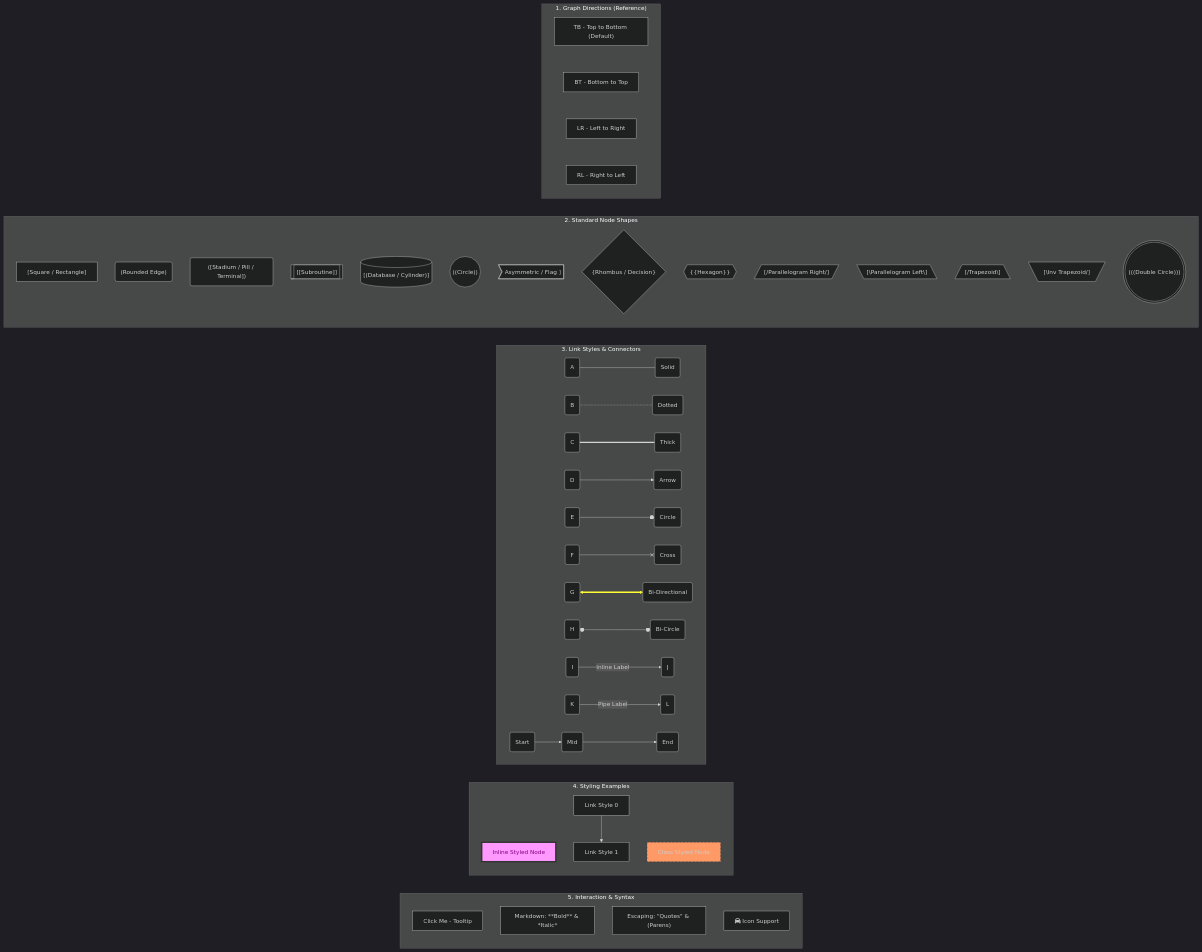
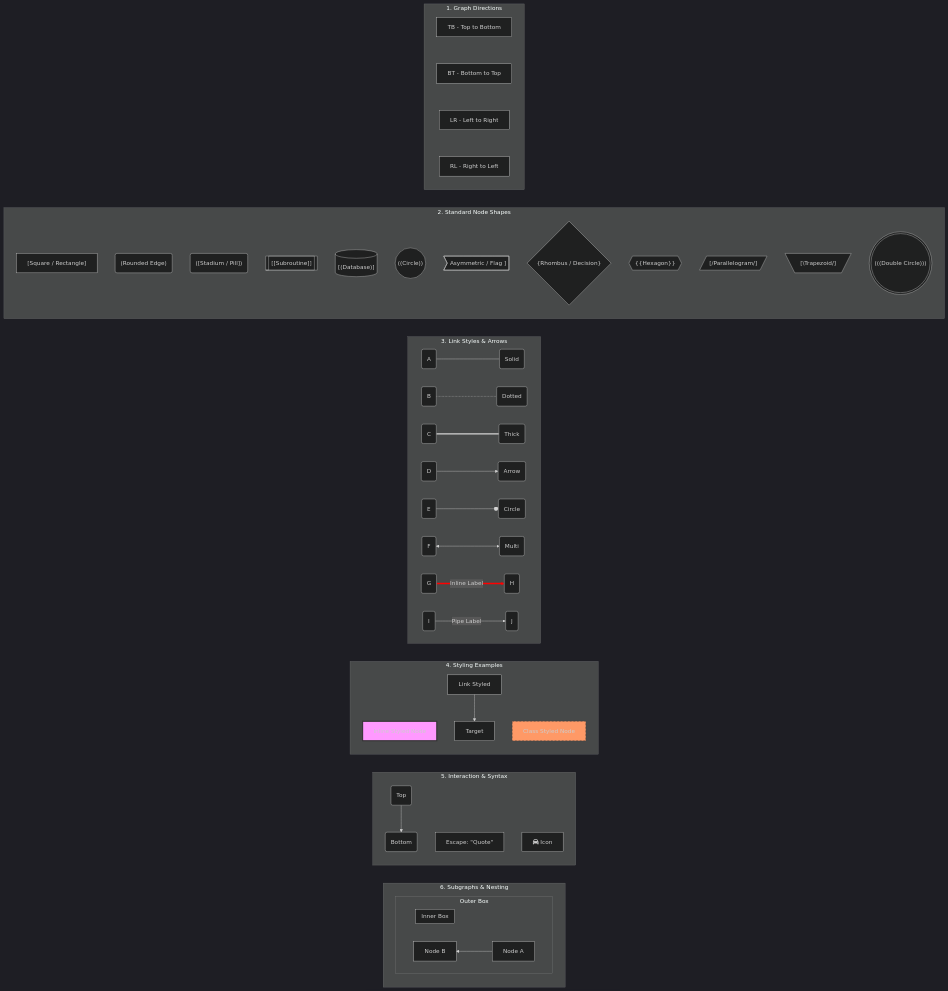
One commit to MeRezaRezaei/Mermaid-Cheat-Sheet changed the diagram in Flowchart.mmd. Above: the diagram before and after it, drawn with Mermaid.

```diff
--- a/Flowchart.mmd
+++ b/Flowchart.mmd
@@ -1,108 +1,103 @@
 %%{init: {"theme": "dark", "flowchart": {"htmlLabels": true, "curve": "basis"}} }%%
 flowchart TB
 
     %% =================================================================================
-    %% 1. ORIENTATION CONCEPTS (Text Nodes)
+    %% 1. ORIENTATION
     %% =================================================================================
-    subgraph Directions ["1. Graph Directions (Reference)"]
+    subgraph Directions ["1. Graph Directions"]
         direction TB
-        d1["TB - Top to Bottom (Default)"]
+        d1["TB - Top to Bottom"]
         d2["BT - Bottom to Top"]
         d3["LR - Left to Right"]
         d4["RL - Right to Left"]
         
         d1 ~~~ d2 ~~~ d3 ~~~ d4
     end
 
     %% =================================================================================
-    %% 2. UNIVERSAL SHAPES (Classic Syntax)
+    %% 2. SHAPES (Standard Safe Syntax)
     %% =================================================================================
     subgraph Shapes ["2. Standard Node Shapes"]
         direction TB
         c1["[Square / Rectangle]"]
         c2(" (Rounded Edge) ")
-        c3("([Stadium / Pill / Terminal])")
+        c3("([Stadium / Pill])")
         c4[["[[Subroutine]]"]]
-        c5[("[(Database / Cylinder)]")]
+        c5[("[(Database)]")]
         c6(("((Circle))"))
         c7>"Asymmetric / Flag ]"]
         c8{"{Rhombus / Decision}"}
         c9{{"{{Hexagon}}"}}
-        c10[/"[/Parallelogram Right/]"/]
-        c11[\"[\Parallelogram Left\]"\]
-        c12[/"[/Trapezoid\]"\]
-        c13[\"[\Inv Trapezoid/]"/]
+        c10[/"[/Parallelogram/]"/]
+        c11[\"[\Trapezoid/]"/]
         c14((("(((Double Circle)))")))
     end
 
     %% =================================================================================
-    %% 3. LINKS & ARROWS
+    %% 3. LINKS
     %% =================================================================================
-    subgraph Links ["3. Link Styles & Connectors"]
+    subgraph Links ["3. Link Styles & Arrows"]
         direction LR
-        %% Basic Lines
         L1(A) --- L2(Solid)
         L3(B) -.- L4(Dotted)
         L5(C) === L6(Thick)
-        
-        %% Arrows
         A1(D) --> A2(Arrow)
         A3(E) --o A4(Circle)
-        A5(F) --x A6(Cross)
-        
-        %% Multi-Direction
-        M1(G) <--> M2(Bi-Directional)
-        M3(H) o--o M4(Bi-Circle)
-        
-        %% Labels
-        TX1(I) -- "Inline Label" --> TX2(J)
-        TX3(K) -->|Pipe Label| TX4(L)
-        
-        %% Chaining
-        CH1(Start) --> CH2(Mid) --> CH3(End)
+        A5(F) <--> A6(Multi)
+        TX1(G) -- "Inline Label" --> TX2(H)
+        TX3(I) -->|Pipe Label| TX4(J)
     end
 
     %% =================================================================================
-    %% 4. STYLING & CLASSES
+    %% 4. STYLING
     %% =================================================================================
     subgraph Styling ["4. Styling Examples"]
         direction TB
+        S1[Inline Styled Node]
+        style S1 fill:#f9f,stroke:#333,stroke-width:3px
         
-        %% Direct Inline Style
-        S1[Inline Styled Node]
-        style S1 fill:#f9f,stroke:#333,stroke-width:4px,color:purple
-        
-        %% Class Usage (See classDef at bottom)
         S2[Class Styled Node]:::myOrangeClass
         
-        %% Link Styling
-        S3[Link Style 0] --> S4[Link Style 1]
-        linkStyle 9 stroke:#ff3,stroke-width:4px,color:red;
+        S3[Link Styled] --> S4[Target]
+        linkStyle 9 stroke:red,stroke-width:4px;
     end
 
     %% =================================================================================
-    %% 5. INTERACTION & SPECIAL CHARS
+    %% 5. INTERACTION & EXTRAS
     %% =================================================================================
     subgraph Extras ["5. Interaction & Syntax"]
         direction TB
         I1[Click Me - Tooltip]
-        click I1 "https://mermaid.js.org" "This is a tooltip"
+        click I1 "https://mermaid.js.org" "Tooltip Text"
         
-        I2["Markdown: **Bold** & *Italic*"]
-        I3["Escaping: #quot;Quotes#quot; & (Parens)"]
-        
-        %% FontAwesome (Only works if FA is loaded in the page)
-        I4[fa:fa-car Icon Support]
+        I2["Markdown: **Bold**"]
+        I3["Escape: #quot;Quote#quot;"]
+        I4[fa:fa-car Icon]
     end
 
-    %% Layout Spacers (Invisible links ~~~ to organize columns)
+    %% =================================================================================
+    %% 6. SUBGRAPHS & NESTING
+    %% =================================================================================
+    subgraph Grouping ["6. Subgraphs & Nesting"]
+        direction TB
+        %% Notice how we can nest graphs and change direction
+        subgraph Outer [Outer Box]
+            direction RL
+            O1[Node A] --> O2[Node B]
+            
+            subgraph Inner [Inner Box]
+                direction TB
+                I1(Top) --> I2(Bottom)
+            end
+        end
+    end
+
+    %% Column Layout
     Directions ~~~ Shapes
     Shapes ~~~ Links
     Links ~~~ Styling
     Styling ~~~ Extras
+    Extras ~~~ Grouping
 
-    %% =================================================================================
-    %% DEFINITIONS
-    %% =================================================================================
-    %% Define a custom class
+    %% Class Definition
     classDef myOrangeClass fill:#f96,stroke:#333,stroke-dasharray: 5 5;
```
